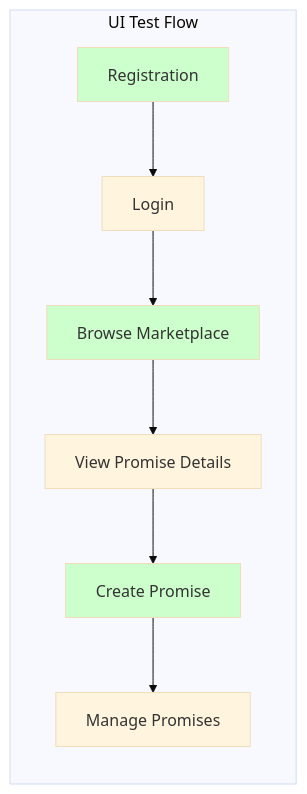
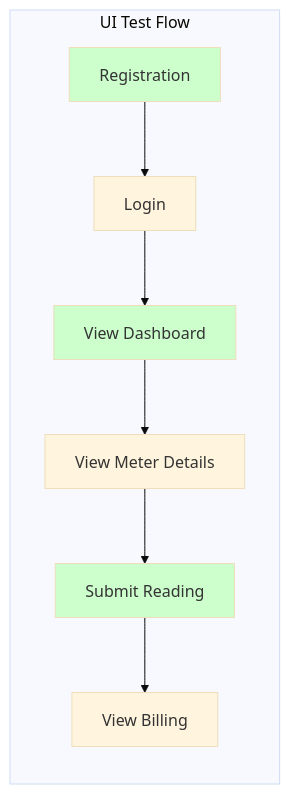
Before and after one commit to esimplicityinc/water-demo: the fifth of 7 diagrams in docs/bdd/03-feature-index.md, drawn with Mermaid (base theme). The commit also changed other lines of this file and 6 other files, not shown here.

````diff
--- a/docs/bdd/03-feature-index.md
+++ b/docs/bdd/03-feature-index.md
@@ -196,14 +193,14 @@
 ```mermaid
 graph LR
     subgraph "UI Test Flow"
         A[Registration] --> B[Login]
-        B --> C[Browse Marketplace]
-        C --> D[View Promise Details]
-        D --> E[Create Promise]
-        E --> F[Manage Promises]
+        B --> C[View Dashboard]
+        C --> D[View Meter Details]
+        D --> E[Submit Reading]
+        E --> F[View Billing]
     end
 
     style A fill:#ccffcc
     style C fill:#ccffcc
     style E fill:#ccffcc
 ```
````
